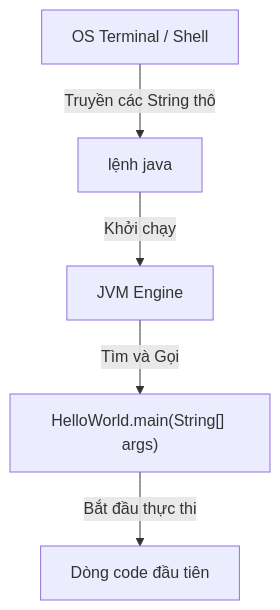
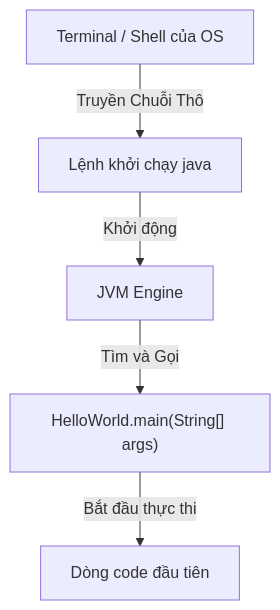
Before and after one commit to PhuThien2005/theoretical-of-java-core: the first of 2 diagrams in vi/02-basic-syntax/theory/02-main-method.md, drawn with Mermaid. The commit also changed other lines of this file and 229 other files, not shown here.

````diff
--- a/vi/02-basic-syntax/theory/02-main-method.md
+++ b/vi/02-basic-syntax/theory/02-main-method.md
@@ -86,7 +86,7 @@
 ```mermaid
 flowchart TD
-    A[OS Terminal / Shell] -->|Truyền các String thô| B[lệnh java]
-    B -->|Khởi chạy| C[JVM Engine]
+    A[Terminal / Shell của OS] -->|Truyền Chuỗi Thô| B[Lệnh khởi chạy java]
+    B -->|Khởi động| C[JVM Engine]
     C -->|Tìm và Gọi| D["HelloWorld.main(String[] args)"]
     D -->|Bắt đầu thực thi| E[Dòng code đầu tiên]
 ```
````
